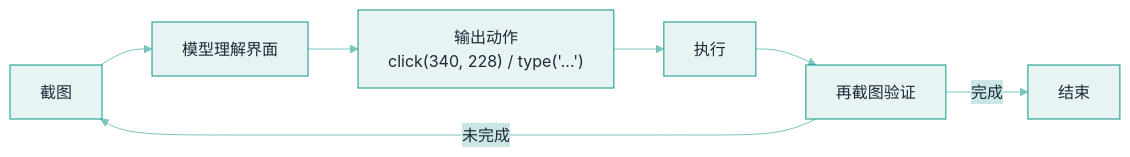
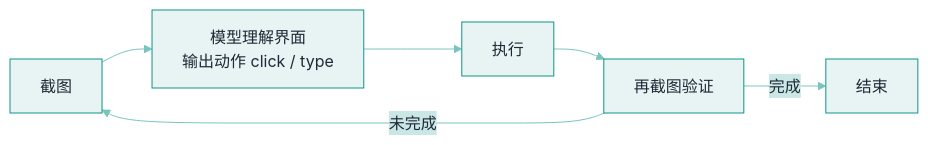
Before and after one commit to funny8kids/ai-agent-handbook: the diagram in docs/05-tool-protocol/computer-use-browser-use.md, drawn with Mermaid. The commit also changed other lines of this file and 45 other files, not shown here.

First line of the commit message:
Thicken 12 thin pages, clear 25 over-width diagrams, re-proportion 10 thin-ribbon diagrams

````diff
--- a/docs/05-tool-protocol/computer-use-browser-use.md
+++ b/docs/05-tool-protocol/computer-use-browser-use.md
@@ -25,10 +25,9 @@
 ```mermaid
 %%{init: {"theme":"base","themeVariables":{"primaryColor":"#E7F4F3","primaryBorderColor":"#0D9488","primaryTextColor":"#1F2937","secondaryColor":"#CAE7E5","tertiaryColor":"#F5FBFA","lineColor":"#7AC4BE","actorBkg":"#ECF6F5","actorBorder":"#0D9488","actorTextColor":"#1F2937","signalColor":"#56B4AC","noteBkgColor":"#D3ECEA","noteBorderColor":"#0D9488","noteTextColor":"#1F2937","labelBoxBkgColor":"#E7F4F3","labelBoxBorderColor":"#0D9488"}}}%%
 flowchart LR
-  A[截图] --> B[模型理解界面]
-  B --> C["输出动作<br/>click(340, 228) / type('...')"]
-  C --> D[执行]
-  D --> E[再截图验证]
-  E -- 未完成 --> A
-  E -- 完成 --> F[结束]
+  A[截图] --> B["模型理解界面<br/>输出动作 click / type"]
+  B --> C[执行]
+  C --> D[再截图验证]
+  D -- 未完成 --> A
+  D -- 完成 --> E[结束]
 ```
````
